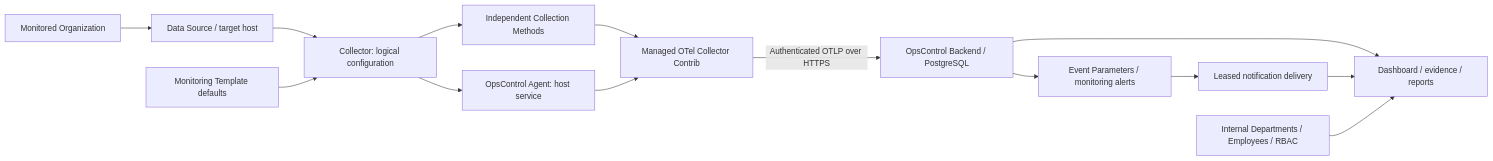
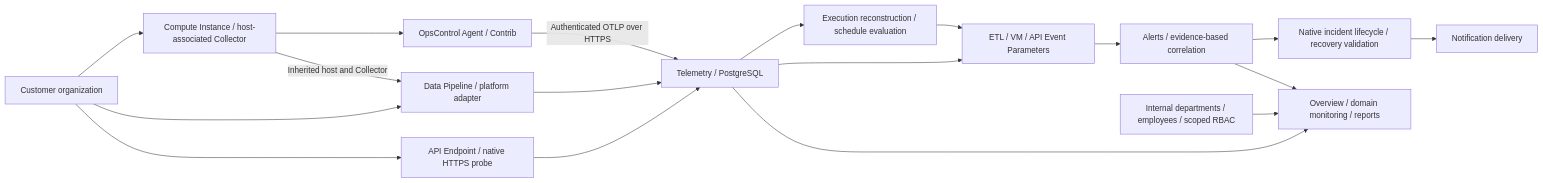
One commit to Parikshit-Sahrawat/OpsControl_Dashboard changed the diagram in README.md. Above: the diagram before and after it, drawn with Mermaid. The commit also changed other lines of this file and 194 other files, not shown here.

````diff
--- a/README.md
+++ b/README.md
@@ -11,16 +11,20 @@
 ```mermaid
 flowchart LR
-    O[Monitored Organization] --> D[Data Source / target host]
-    D --> C[Collector: logical configuration]
-    T[Monitoring Template defaults] --> C
-    C --> M[Independent Collection Methods]
-    C --> A[OpsControl Agent: host service]
-    M --> R[Managed OTel Collector Contrib]
-    A --> R
-    R -->|Authenticated OTLP over HTTPS| B[OpsControl Backend / PostgreSQL]
-    B --> E[Event Parameters / monitoring alerts]
-    E --> Q[Leased notification delivery]
-    B --> UI[Dashboard / evidence / reports]
-    Q --> UI
-    P[Internal Departments / Employees / RBAC] --> UI
+    C[Customer organization] --> V[Compute Instance / host-associated Collector]
+    C --> E[Data Pipeline / platform adapter]
+    C --> U[API Endpoint / native HTTPS probe]
+    V --> A[OpsControl Agent / Contrib]
+    V -->|Inherited host and Collector| E
+    A -->|Authenticated OTLP over HTTPS| T[Telemetry / PostgreSQL]
+    E --> T
+    U --> T
+    T --> N[Execution reconstruction / schedule evaluation]
+    T --> P[ETL / VM / API Event Parameters]
+    N --> P
+    P --> L[Alerts / evidence-based correlation]
+    L --> I[Native incident lifecycle / recovery validation]
+    I --> Q[Notification delivery]
+    T --> D[Overview / domain monitoring / reports]
+    L --> D
+    R[Internal departments / employees / scoped RBAC] --> D
 ```
````
